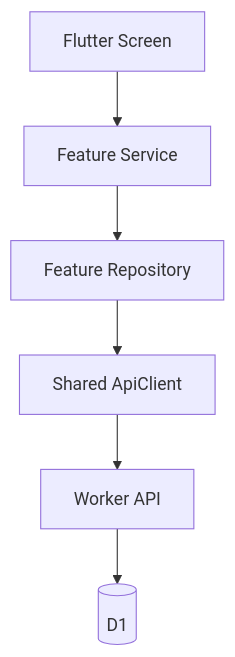
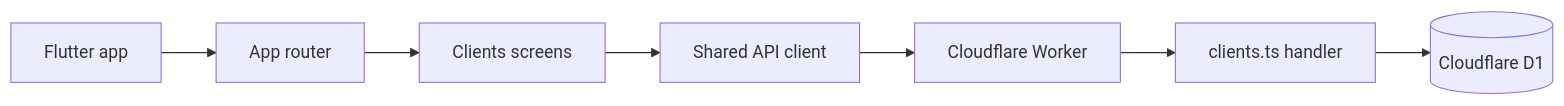
Before and after one commit to nathcymru/CiCwtch: the first of 2 diagrams in docs/architecture/diagrams.md, drawn with Mermaid. The commit also changed other lines of this file and 92 other files, not shown here.

````diff
--- a/docs/architecture/diagrams.md
+++ b/docs/architecture/diagrams.md
@@ -13,8 +5,9 @@
 ```mermaid
-flowchart TD
-  Screen[Flutter Screen] --> Service[Feature Service]
-  Service --> Repo[Feature Repository]
-  Repo --> ApiClient[Shared ApiClient]
-  ApiClient --> Worker[Worker API]
-  Worker --> D1[(D1)]
+flowchart LR
+  UI[Flutter app] --> Router[App router]
+  Router --> ClientsUI[Clients screens]
+  ClientsUI --> ApiClient[Shared API client]
+  ApiClient --> Worker[Cloudflare Worker]
+  Worker --> ClientsHandler[clients.ts handler]
+  ClientsHandler --> D1[(Cloudflare D1)]
 ```
````
